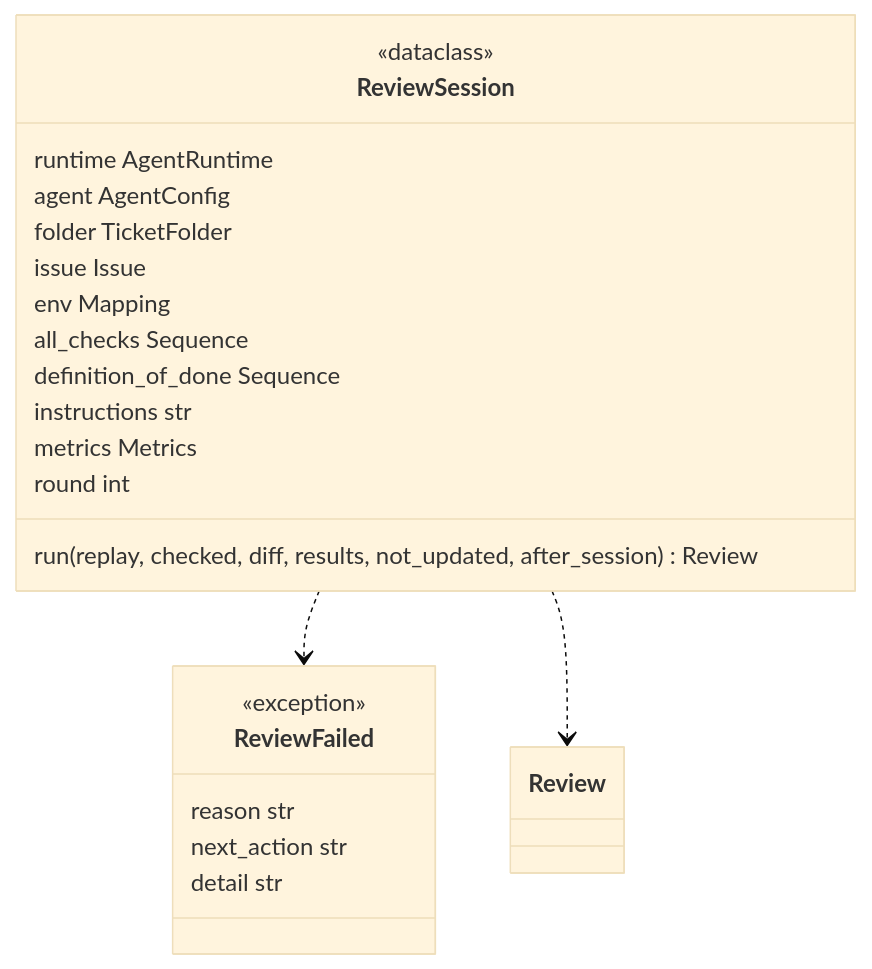
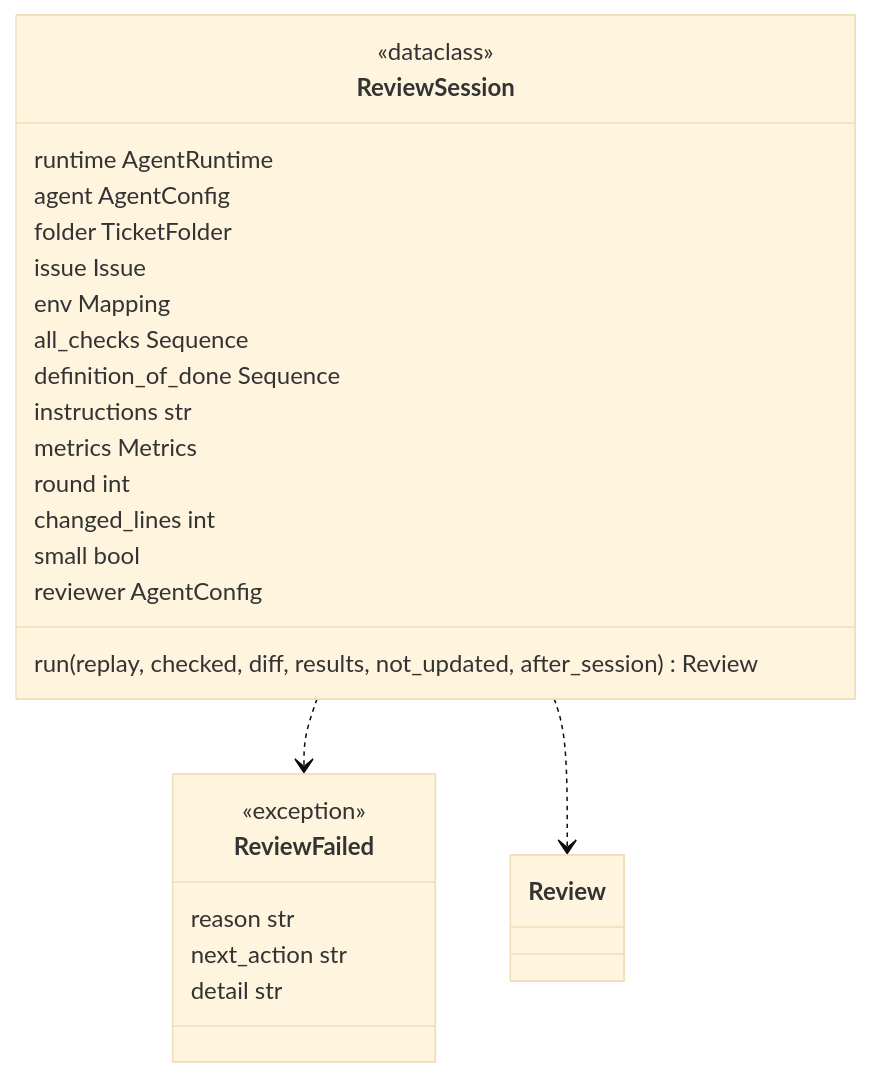
The second of 3 diagrams in docs/architecture/modules/review_session.md (plaplanche/ariane), drawn with Mermaid (base theme) before and after one commit. The commit also changed other lines of this file and 18 other files, not shown here.

Commit message:
#137: Size the review to the change: optional reviewer settings and a narrower prompt for small diffs (C10, C5, C19)

````diff
--- a/docs/architecture/modules/review_session.md
+++ b/docs/architecture/modules/review_session.md
@@ -46,25 +47,28 @@
 ```mermaid
 classDiagram
 class ReviewSession {
   <<dataclass>>
   runtime AgentRuntime
   agent AgentConfig
   folder TicketFolder
   issue Issue
   env Mapping
   all_checks Sequence
   definition_of_done Sequence
   instructions str
   metrics Metrics
   round int
+  changed_lines int
+  small bool
+  reviewer AgentConfig
   run(replay, checked, diff, results, not_updated, after_session) Review
 }
 class ReviewFailed {
   <<exception>>
   reason str
   next_action str
   detail str
 }
 ReviewSession ..> ReviewFailed
 ReviewSession ..> Review
 ```
````
